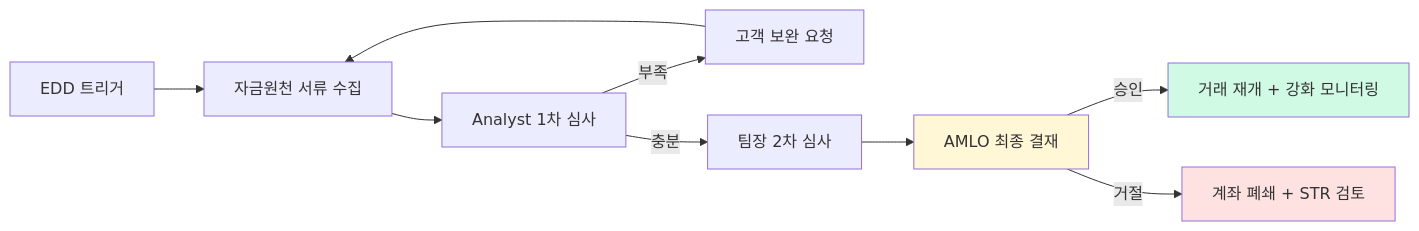
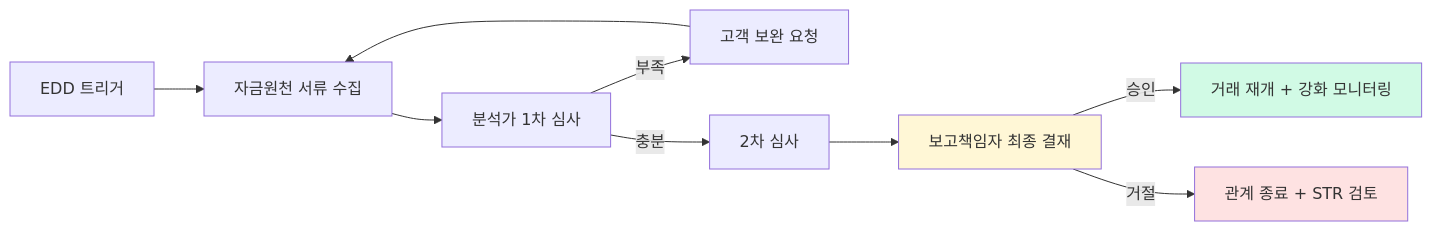
The fourth of 4 diagrams in notes/5-compliance/cdd-edd.md (lala-david/aml-notes), drawn with Mermaid before and after one commit. The commit also changed other lines of this file and 233 other files, not shown here.

````diff
--- a/notes/5-compliance/cdd-edd.md
+++ b/notes/5-compliance/cdd-edd.md
@@ -466,14 +352,14 @@
 ```mermaid
 flowchart LR
-    EDD[EDD 트리거] --> DOC[자금원천 서류 수집]
-    DOC --> A[Analyst 1차 심사]
-    A -->|부족| BACK[고객 보완 요청]
+    EDD["EDD 트리거"] --> DOC["자금원천 서류 수집"]
+    DOC --> A["분석가 1차 심사"]
+    A -->|부족| BACK["고객 보완 요청"]
     BACK --> DOC
-    A -->|충분| T[팀장 2차 심사]
-    T --> AMLO[AMLO 최종 결재]
-    AMLO -->|승인| APPROVE[거래 재개 + 강화 모니터링]
-    AMLO -->|거절| CLOSE[계좌 폐쇄 + STR 검토]
+    A -->|충분| T["2차 심사"]
+    T --> AMLO["보고책임자 최종 결재"]
+    AMLO -->|승인| APPROVE["거래 재개 + 강화 모니터링"]
+    AMLO -->|거절| CLOSE["관계 종료 + STR 검토"]
     style AMLO fill:#fff7d6
     style CLOSE fill:#fee2e2
     style APPROVE fill:#d1fae5
 ```
````
